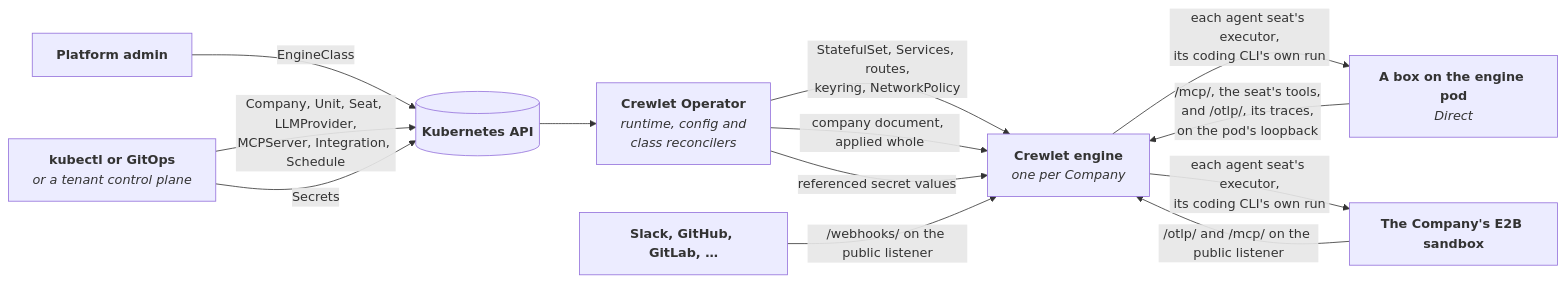
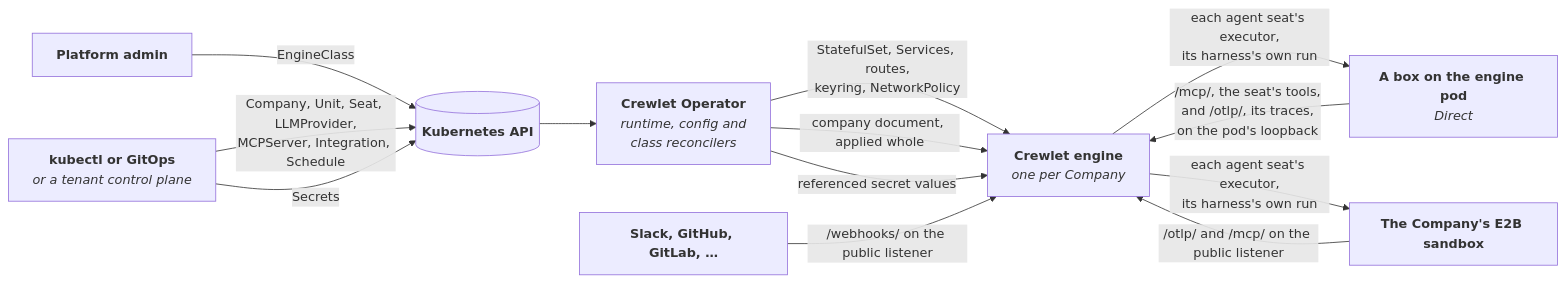
Before and after one commit to crewlet/crewlet-operator: the diagram in README.md, drawn with Mermaid. The commit also changed other lines of this file and 80 other files, not shown here.

````diff
--- a/README.md
+++ b/README.md
@@ -92,16 +92,16 @@
 ```mermaid
 flowchart LR
     PA["<b>Platform admin</b>"] -->|EngineClass| K
     U["<b>kubectl or GitOps</b><br/><i>or a tenant control plane</i>"] -->|"Company, Unit, Seat, LLMProvider,<br/>MCPServer, Integration, Schedule"| K
     U -->|Secrets| K
     K[("<b>Kubernetes API</b>")] --> O["<b>Crewlet Operator</b><br/><i>runtime, config and<br/>class reconcilers</i>"]
     O -->|"StatefulSet, Services, routes,<br/>keyring, NetworkPolicy"| E
     O -->|"company document, applied whole"| E
     O -->|"referenced secret values"| E
     E["<b>Crewlet engine</b><br/><i>one per Company</i>"]
-    E -->|"each agent seat's executor,<br/>its coding CLI's own run"| D["<b>A box on the engine pod</b><br/><i>Direct</i>"]
-    E -->|"each agent seat's executor,<br/>its coding CLI's own run"| SB["<b>The Company's E2B sandbox</b>"]
+    E -->|"each agent seat's executor,<br/>its harness's own run"| D["<b>A box on the engine pod</b><br/><i>Direct</i>"]
+    E -->|"each agent seat's executor,<br/>its harness's own run"| SB["<b>The Company's E2B sandbox</b>"]
     D -->|"/mcp/, the seat's tools,<br/>and /otlp/, its traces,<br/>on the pod's loopback"| E
     V["<b>Slack, GitHub, GitLab, …</b>"] -->|"/webhooks/ on the public listener"| E
     SB -->|"/otlp/ and /mcp/ on the public listener"| E
 ```
````
